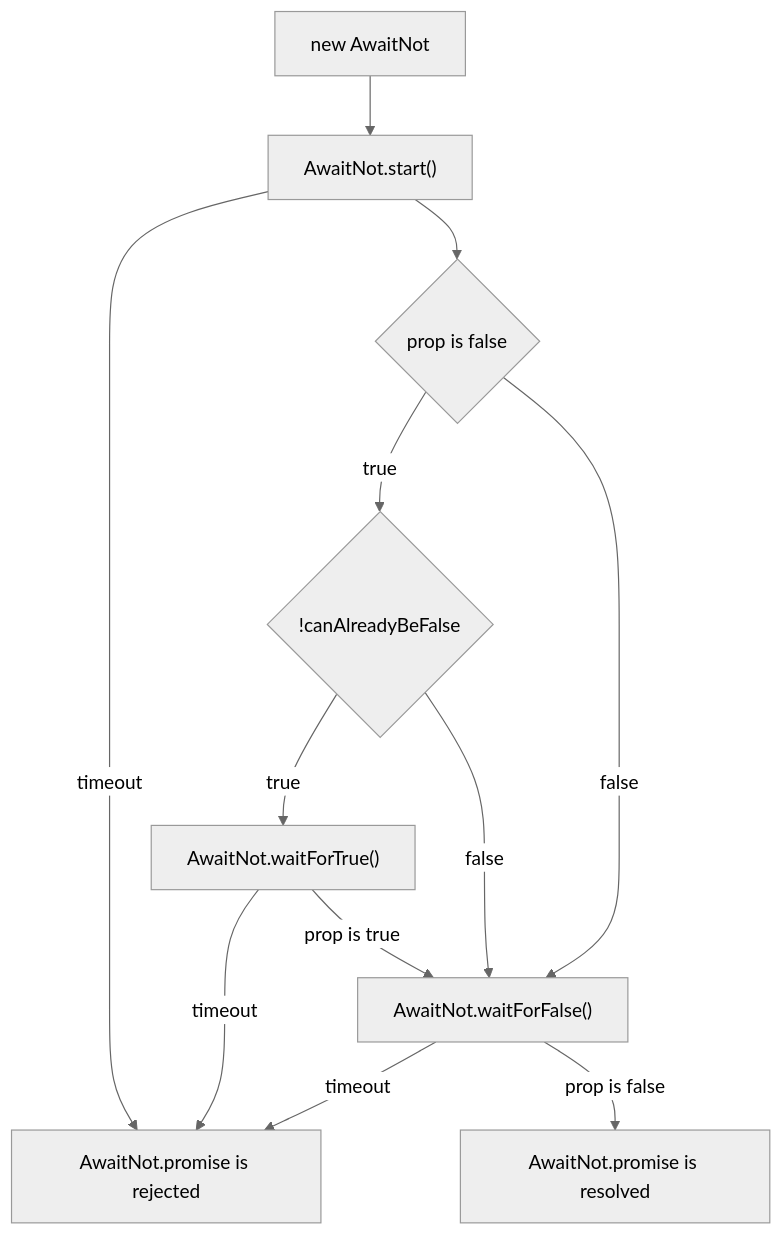
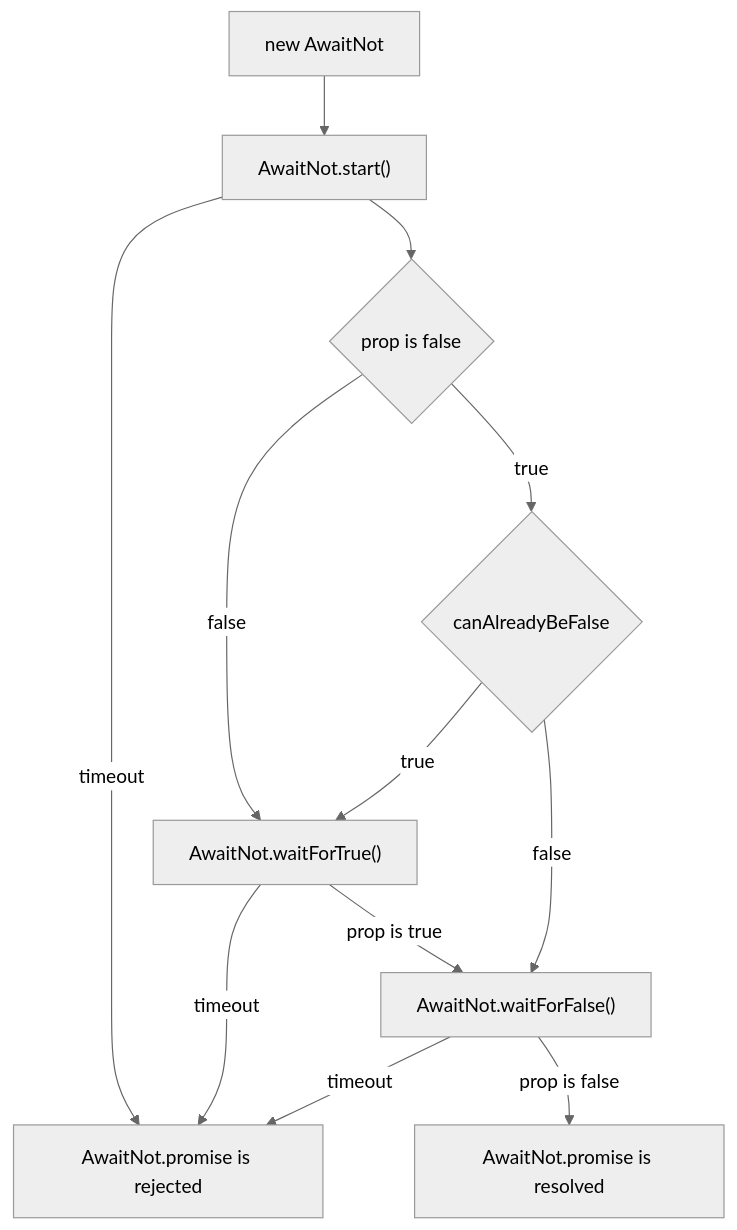
Before and after one commit to arrai-innovations/reactive-helpers: the diagram in README.md, drawn with Mermaid (neutral theme).

Commit message:
fix: confused myself with prop value vs decision value, also remove confusing negation on flowchart.

````diff
--- a/README.md
+++ b/README.md
@@ -507,15 +507,15 @@
 ```mermaid
 flowchart TD
   A["new AwaitNot"] --> B["AwaitNot.start()"];
   B -- timeout --> G["AwaitNot.promise is rejected"]
-  B --> C{"prop is false"}
-  C -- true --> H{"!canAlreadyBeFalse"}
-  H -- true --> D["AwaitNot.waitForTrue()"];
-  C -- false --> E["AwaitNot.waitForFalse()"];
-  H -- false --> E;
-  
+  B --> C{"prop is false"};
+  C -- false --> D["AwaitNot.waitForTrue()"];
+  C -- true --> H{"canAlreadyBeFalse"}
+  H -- true --> D;
+  H -- false --> E["AwaitNot.waitForFalse()"];
+
   D -- timeout --> G
   E -- timeout --> G
   E -- prop is false -->  F["AwaitNot.promise is resolved"]
   D -- prop is true --> E
 ```
````
